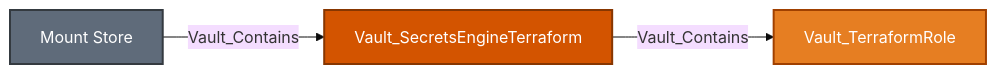
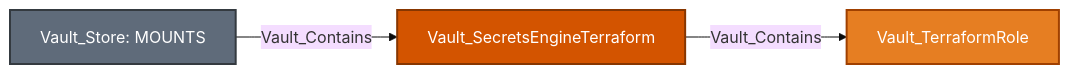
One commit to bytewreck/opengraph-vault changed diagram 24 of 29 in Documentation/stores/MOUNTS.md. Above: the diagram before and after it, drawn with Mermaid (base theme). The commit also changed other lines of this file and 13 other files, not shown here.

````diff
--- a/Documentation/stores/MOUNTS.md
+++ b/Documentation/stores/MOUNTS.md
@@ -1362,9 +1416,9 @@
 ```mermaid
 flowchart LR
-    store[Mount Store]:::storeNode -->|Vault_Contains| mount[Vault_SecretsEngineTerraform]:::mountNode
+    store[Vault_Store: MOUNTS]:::storeNode -->|Vault_Contains| mount[Vault_SecretsEngineTerraform]:::mountNode
     mount -->|Vault_Contains| role[Vault_TerraformRole]:::secretObjectNode
 
     classDef storeNode fill:#5F6B7A,color:#fff,stroke:#343A40,stroke-width:2px
     classDef mountNode fill:#D35400,color:#fff,stroke:#873600,stroke-width:2px
     classDef secretObjectNode fill:#E67E22,color:#fff,stroke:#A04000,stroke-width:2px
 ```
````
